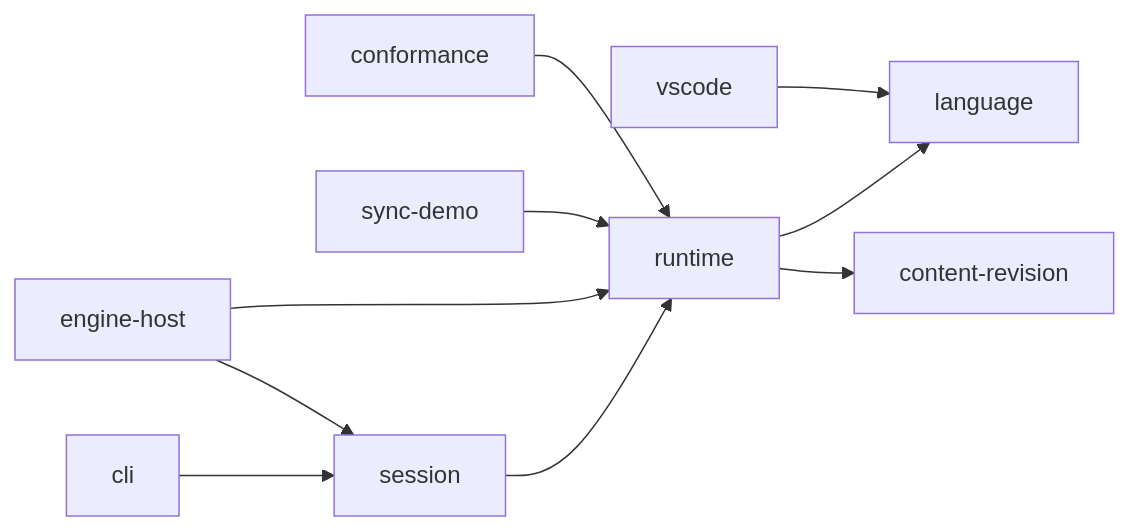
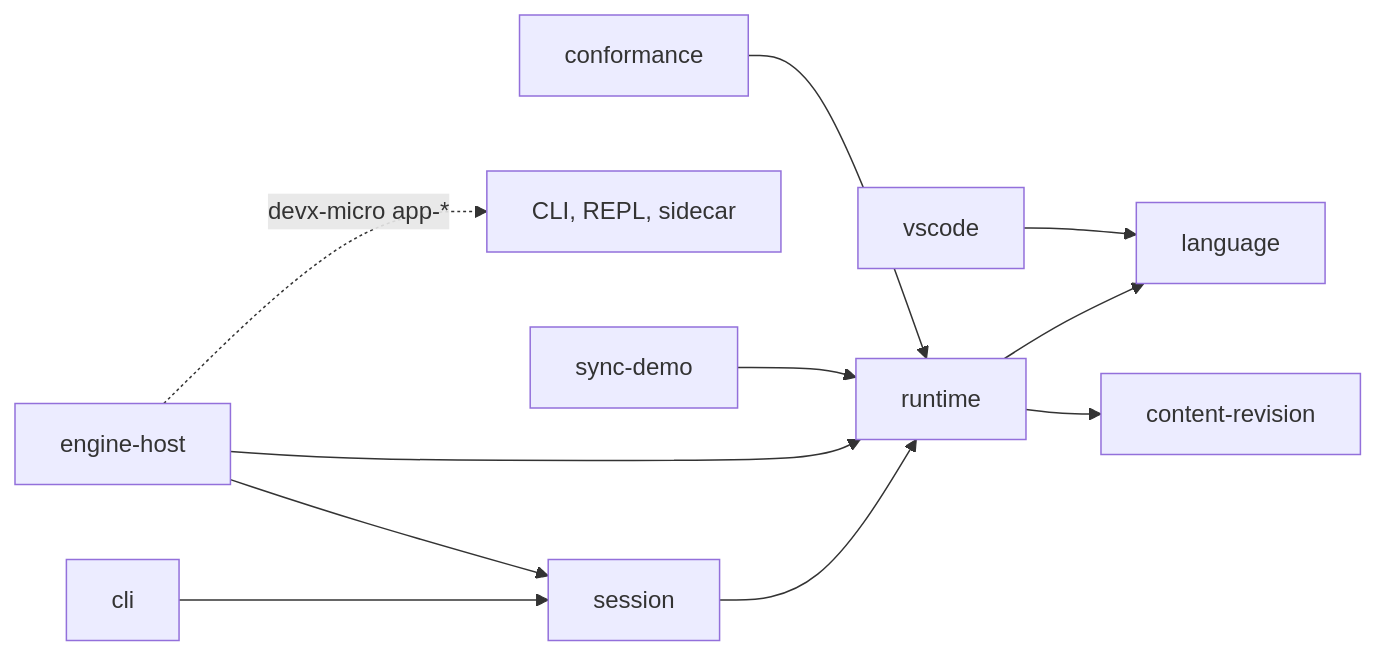
The second of 2 diagrams in AGENTS.md (typedblite/typedblite), drawn with Mermaid before and after one commit. The commit also changed other lines of this file and 63 other files, not shown here.

First line of the commit message:
feat(engine-host): CLI, REPL and sidecar on @devx-micro/app-*, with a parity spec

````diff
--- a/AGENTS.md
+++ b/AGENTS.md
@@ -27,12 +27,13 @@
 ```mermaid
 flowchart LR
   cli --> session
   session --> runtime
   engine-host --> session
+  engine-host -.->|devx-micro app-*| transports[CLI, REPL, sidecar]
   engine-host --> runtime
   sync-demo --> runtime
   conformance --> runtime
   runtime --> language
   runtime --> content-revision
   vscode --> language
 ```
````
